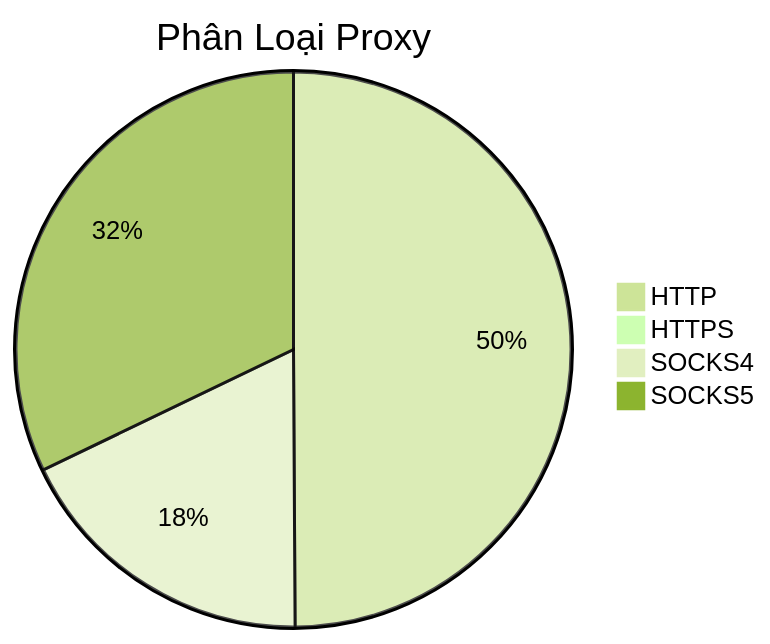
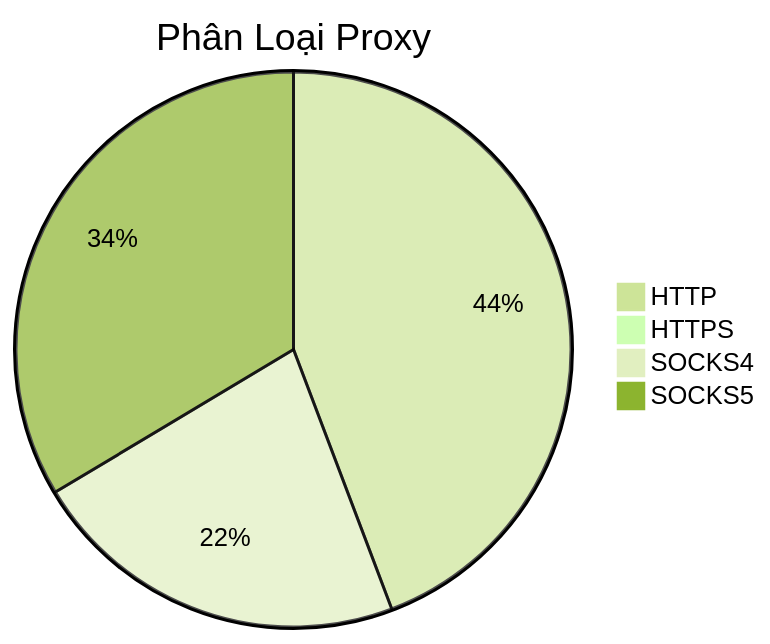
One commit to Ciara-12/PROXY-free changed the diagram in README.md. Above: the diagram before and after it, drawn with Mermaid (forest theme). The commit also changed other lines of this file and 3 other files, not shown here.

````diff
--- a/README.md
+++ b/README.md
@@ -26,7 +26,7 @@
 ```mermaid
 pie title Phân Loại Proxy
-    "HTTP" : 542
+    "HTTP" : 407
     "HTTPS" : 1
-    "SOCKS4" : 195
-    "SOCKS5" : 349
+    "SOCKS4" : 204
+    "SOCKS5" : 309
 ```
````
